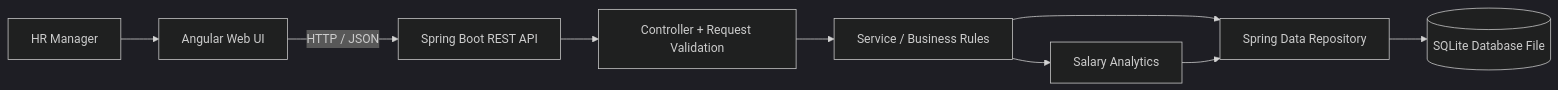
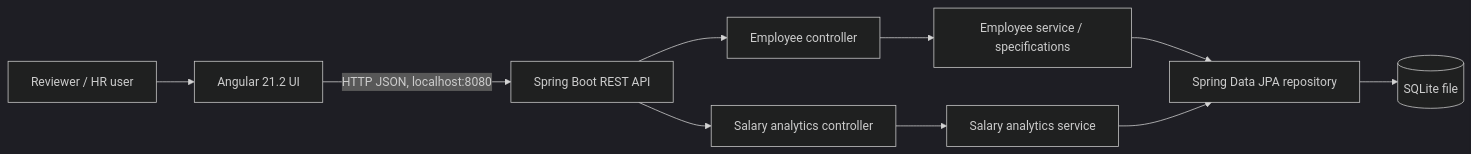
Before and after one commit to Pravesh8818-tech/incubyte-salary-management: the first of 5 diagrams in docs/architecture-diagrams.md, drawn with Mermaid (dark theme). The commit also changed other lines of this file and 6 other files, not shown here.

````diff
--- a/docs/architecture-diagrams.md
+++ b/docs/architecture-diagrams.md
@@ -5,11 +7,12 @@
 ```mermaid
 flowchart LR
-    HR[HR Manager] --> UI[Angular Web UI]
-    UI -->|HTTP / JSON| API[Spring Boot REST API]
-    API --> C[Controller + Request Validation]
-    C --> S[Service / Business Rules]
-    S --> R[Spring Data Repository]
-    R --> DB[(SQLite Database File)]
-    S --> A[Salary Analytics]
-    A --> R
+    HR[Reviewer / HR user] --> UI[Angular 21.2 UI]
+    UI -->|HTTP JSON, localhost:8080| API[Spring Boot REST API]
+    API --> EC[Employee controller]
+    API --> AC[Salary analytics controller]
+    EC --> ES[Employee service / specifications]
+    AC --> AS[Salary analytics service]
+    ES --> ER[Spring Data JPA repository]
+    AS --> ER
+    ER --> DB[(SQLite file)]
 ```
````
